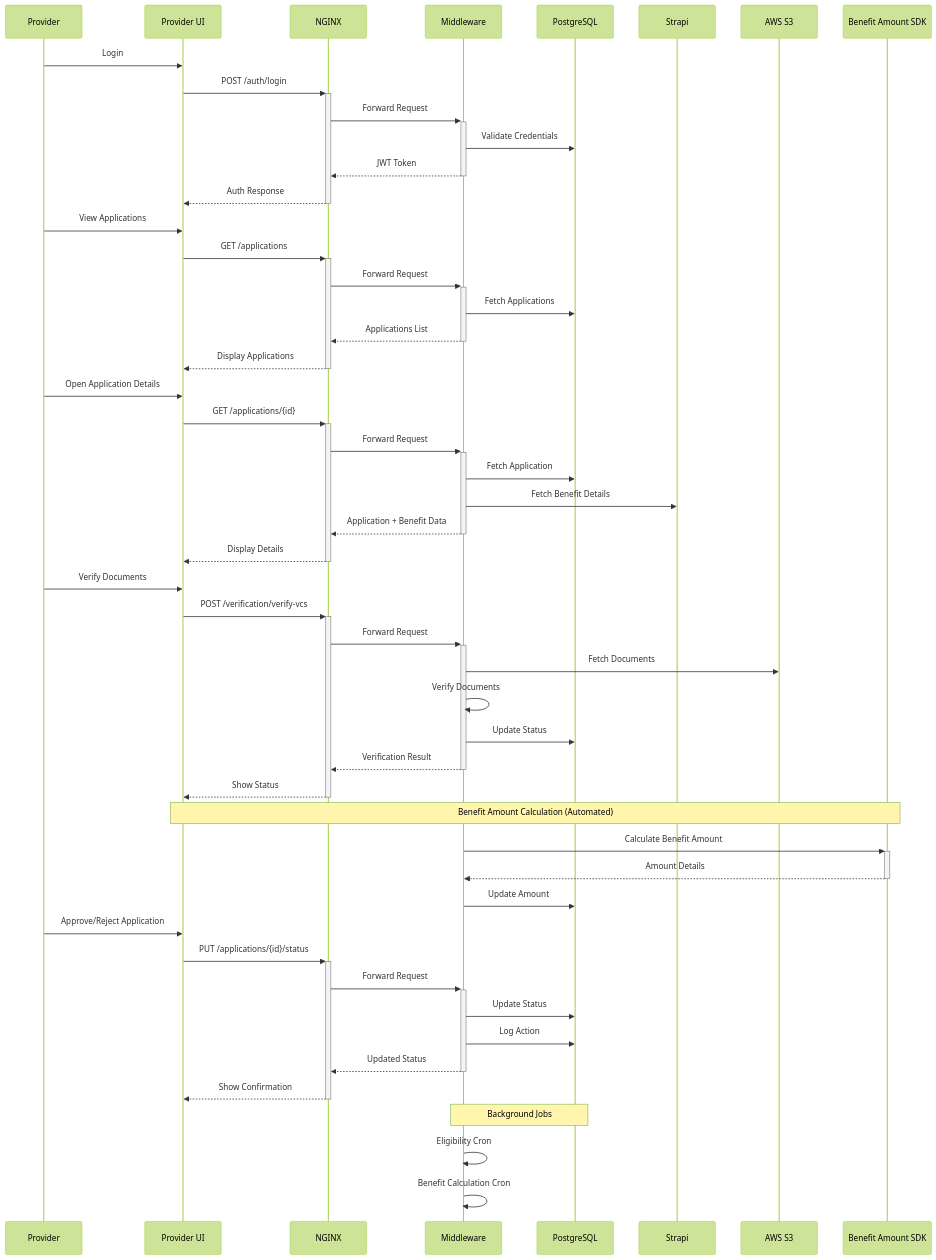
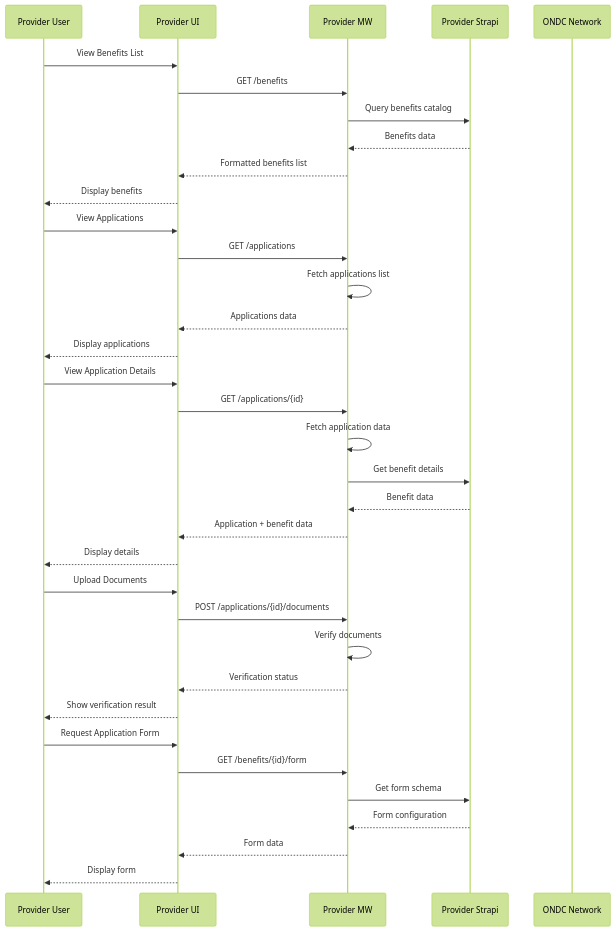
The second of 3 diagrams in docs/arch-diagrams.md (rajnishdargan/ubi-strapi-provider-mw), drawn with Mermaid (forest theme) before and after one commit. The commit also changed other lines of this file, not shown here.

Commit message:
Issue #246252 fix: Diagram Documentation

````diff
--- a/docs/arch-diagrams.md
+++ b/docs/arch-diagrams.md
@@ -106,59 +47,47 @@
 ```mermaid
 sequenceDiagram
-    participant P as Provider
+    participant U as Provider User
     participant UI as Provider UI
-    participant NG as NGINX
-    participant MW as Middleware
-    participant DB as PostgreSQL
-    participant SP as Strapi
-    participant S3 as AWS S3
-    participant SDK as Benefit Amount SDK
+    participant MW as Provider MW
+    participant CMS as Provider Strapi
+    participant ONDC as ONDC Network
 
-    P->>UI: Login
-    UI->>+NG: POST /auth/login
-    NG->>+MW: Forward Request
-    MW->>DB: Validate Credentials
-    MW-->>-NG: JWT Token
-    NG-->>-UI: Auth Response
+    %% Benefits List Flow
+    U->>UI: View Benefits List
+    UI->>MW: GET /benefits
+    MW->>CMS: Query benefits catalog
+    CMS-->>MW: Benefits data
+    MW-->>UI: Formatted benefits list
+    UI-->>U: Display benefits
 
-    P->>UI: View Applications
-    UI->>+NG: GET /applications
-    NG->>+MW: Forward Request
-    MW->>DB: Fetch Applications
-    MW-->>-NG: Applications List
-    NG-->>-UI: Display Applications
+    %% Applications List Flow
+    U->>UI: View Applications
+    UI->>MW: GET /applications
+    MW->>MW: Fetch applications list
+    MW-->>UI: Applications data
+    UI-->>U: Display applications
 
-    P->>UI: Open Application Details
-    UI->>+NG: GET /applications/{id}
-    NG->>+MW: Forward Request
-    MW->>DB: Fetch Application
-    MW->>SP: Fetch Benefit Details
-    MW-->>-NG: Application + Benefit Data
-    NG-->>-UI: Display Details
+    %% Application Details Flow
+    U->>UI: View Application Details
+    UI->>MW: GET /applications/{id}
+    MW->>MW: Fetch application data
+    MW->>CMS: Get benefit details
+    CMS-->>MW: Benefit data
+    MW-->>UI: Application + benefit data
+    UI-->>U: Display details
 
-    P->>UI: Verify Documents
-    UI->>+NG: POST /verification/verify-vcs
-    NG->>+MW: Forward Request
-    MW->>S3: Fetch Documents
-    MW->>MW: Verify Documents
-    MW->>DB: Update Status
-    MW-->>-NG: Verification Result
-    NG-->>-UI: Show Status
+    %% Document Verification
+    U->>UI: Upload Documents
+    UI->>MW: POST /applications/{id}/documents
+    MW->>MW: Verify documents
+    MW-->>UI: Verification status
+    UI-->>U: Show verification result
 
-    Note over UI,SDK: Benefit Amount Calculation (Automated)
-    MW->>+SDK: Calculate Benefit Amount
-    SDK-->>-MW: Amount Details
-    MW->>DB: Update Amount
-
-    P->>UI: Approve/Reject Application
-    UI->>+NG: PUT /applications/{id}/status
-    NG->>+MW: Forward Request
-    MW->>DB: Update Status
-    MW->>DB: Log Action
-    MW-->>-NG: Updated Status
-    NG-->>-UI: Show Confirmation
-
-    Note over MW,DB: Background Jobs
-    MW->>MW: Eligibility Cron
-    MW->>MW: Benefit Calculation Cron
+    %% Application Form
+    U->>UI: Request Application Form
+    UI->>MW: GET /benefits/{id}/form
+    MW->>CMS: Get form schema
+    CMS-->>MW: Form configuration
+    MW-->>UI: Form data
+    UI-->>U: Display form
 ```
````
